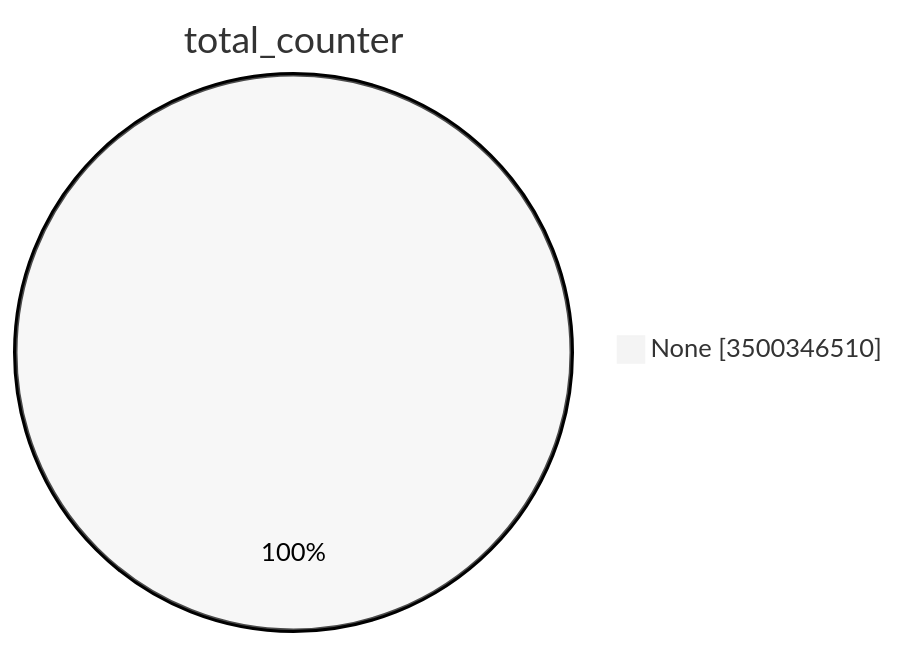
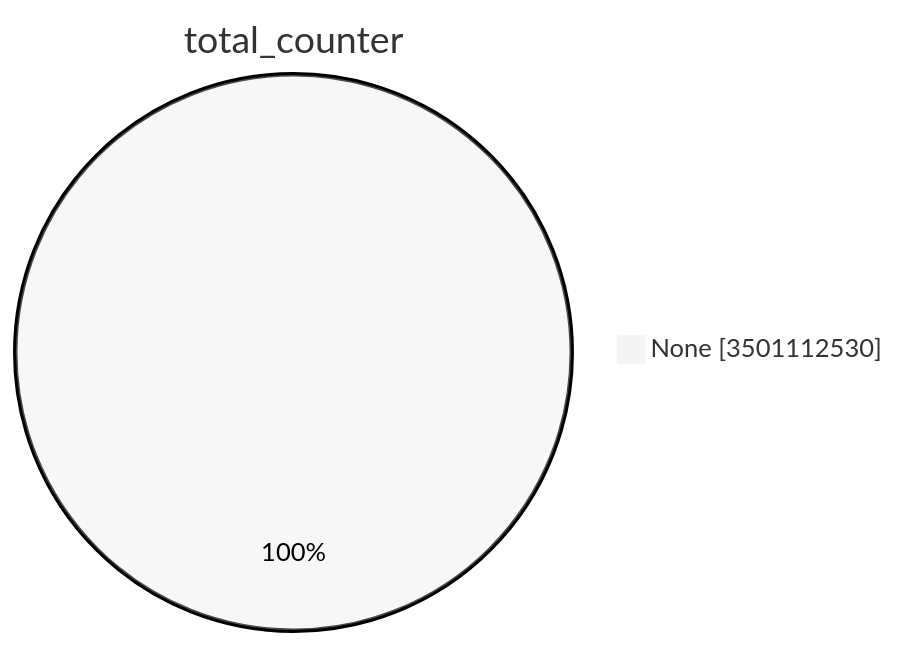
One commit to christiankrug/ctmonitor_visualization changed the first of 15 diagrams in TOTAL/README.md. Above: the diagram before and after it, drawn with Mermaid (neutral theme). The commit also changed other lines of this file, not shown here.

````diff
--- a/TOTAL/README.md
+++ b/TOTAL/README.md
@@ -1,5 +1,5 @@
 ```mermaid
 pie showData
 title total_counter
-"None" :3500346510
+"None" :3501112530
 ```
````
